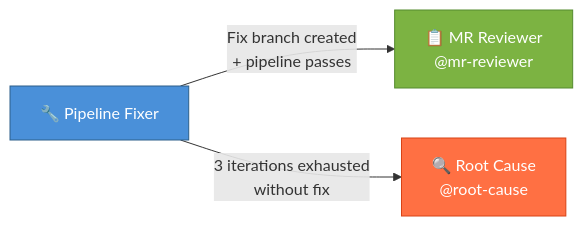
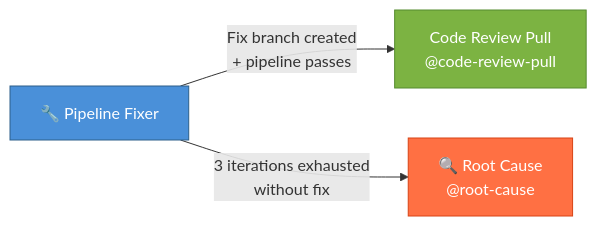
One commit to imvenkata/sdlc-toolkit changed the seventh of 8 diagrams in docs/pipeline-fixer.md. Above: the diagram before and after it, drawn with Mermaid. The commit also changed other lines of this file and 25 other files, not shown here.

````diff
--- a/docs/pipeline-fixer.md
+++ b/docs/pipeline-fixer.md
@@ -359,14 +364,14 @@
 ```mermaid
 graph LR
     PF["🔧 Pipeline Fixer"]
     
-    MR["📋 MR Reviewer<br/>@mr-reviewer"]
+    MR["Code Review Pull<br/>@code-review-pull"]
     RC["🔍 Root Cause<br/>@root-cause"]
 
     PF -->|"Fix branch created<br/>+ pipeline passes"| MR
     PF -->|"3 iterations exhausted<br/>without fix"| RC
 
     style PF fill:#4A90D9,stroke:#2C5F8A,color:#fff
     style MR fill:#7CB342,stroke:#558B2F,color:#fff
     style RC fill:#FF7043,stroke:#D84315,color:#fff
 ```
````
